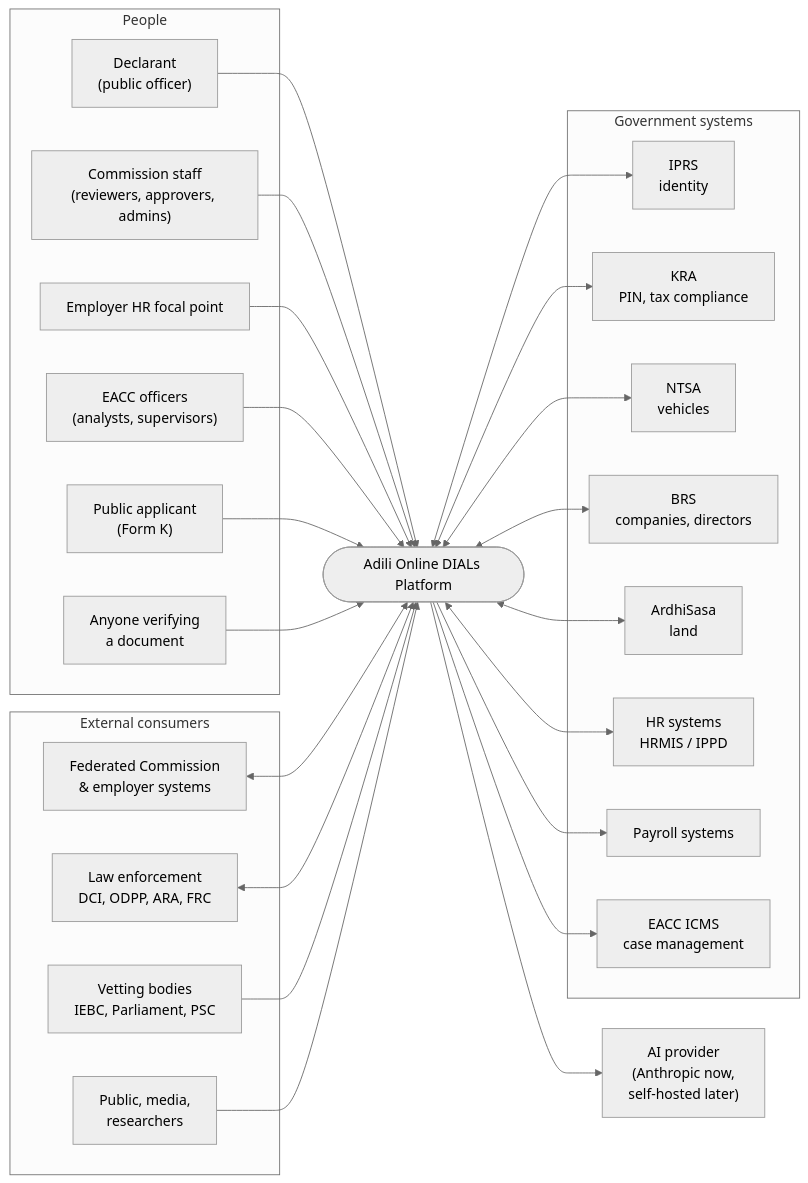
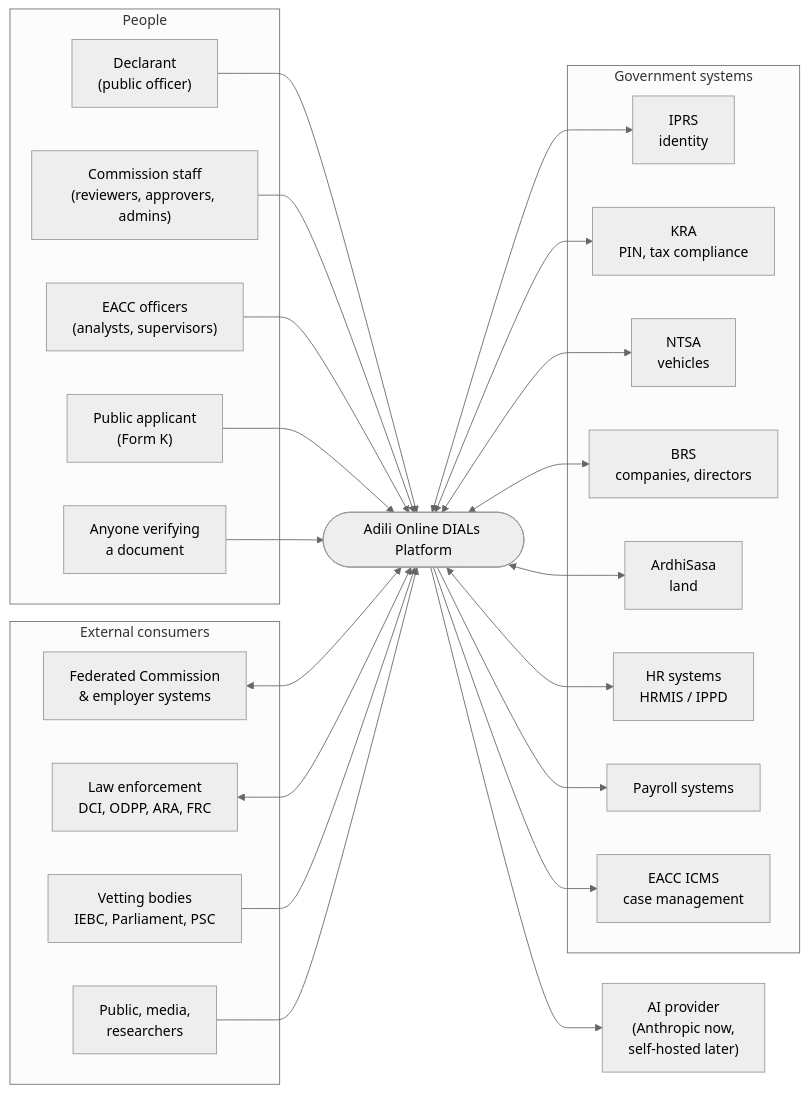
One commit to muliswilliam/adili-v3 changed the first of 14 diagrams in docs/architecture/README.md. Above: the diagram before and after it, drawn with Mermaid (neutral theme). The commit also changed other lines of this file and 6 other files, not shown here.

````diff
--- a/docs/architecture/README.md
+++ b/docs/architecture/README.md
@@ -85,53 +85,51 @@
 ```mermaid
 flowchart LR
     subgraph People
         D["Declarant<br/>(public officer)"]
         CS["Commission staff<br/>(reviewers, approvers, admins)"]
-        HR["Employer HR focal point"]
         EA["EACC officers<br/>(analysts, supervisors)"]
         AP["Public applicant<br/>(Form K)"]
         V["Anyone verifying<br/>a document"]
     end
 
     ADILI(["Adili Online DIALs Platform"])
 
     subgraph Gov["Government systems"]
         IPRS["IPRS<br/>identity"]
         KRA["KRA<br/>PIN, tax compliance"]
         NTSA["NTSA<br/>vehicles"]
         BRS["BRS<br/>companies, directors"]
         ARD["ArdhiSasa<br/>land"]
         HRS["HR systems<br/>HRMIS / IPPD"]
         PAY["Payroll systems"]
         ICMS["EACC ICMS<br/>case management"]
     end
 
     subgraph Ext["External consumers"]
         FC["Federated Commission<br/>& employer systems"]
         LEA["Law enforcement<br/>DCI, ODPP, ARA, FRC"]
         VET["Vetting bodies<br/>IEBC, Parliament, PSC"]
         PUB["Public, media,<br/>researchers"]
     end
 
     AI["AI provider<br/>(Anthropic now,<br/>self-hosted later)"]
 
     D --> ADILI
     CS --> ADILI
-    HR --> ADILI
     EA --> ADILI
     AP --> ADILI
     V --> ADILI
     ADILI <--> IPRS
     ADILI <--> KRA
     ADILI <--> NTSA
     ADILI <--> BRS
     ADILI <--> ARD
     ADILI <--> HRS
     ADILI --> PAY
     ADILI --> ICMS
     FC <--> ADILI
     LEA <--> ADILI
     VET --> ADILI
     PUB --> ADILI
     ADILI --> AI
 ```
````
